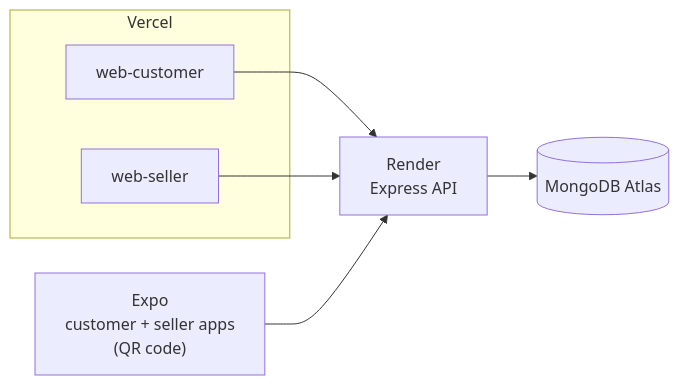
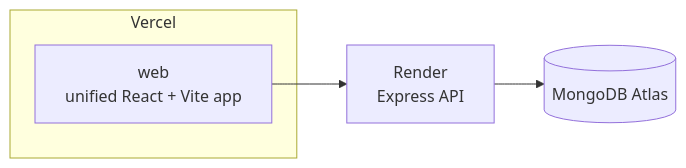
Before and after one commit to andreasarnol02/platform-lab-final-project: the fifth of 5 diagrams in docs/technical-requirements.md, drawn with Mermaid. The commit also changed other lines of this file and 92 other files, not shown here.

````diff
--- a/docs/technical-requirements.md
+++ b/docs/technical-requirements.md
@@ -385,15 +377,11 @@
 ```mermaid
 flowchart LR
     subgraph Vercel
-        VW1["web-customer"]
-        VW2["web-seller"]
+        VW["web<br/>unified React + Vite app"]
     end
     R["Render<br/>Express API"]
     A[("MongoDB Atlas")]
-    E["Expo<br/>customer + seller apps<br/>(QR code)"]
 
-    VW1 --> R
-    VW2 --> R
-    E --> R
+    VW --> R
     R --> A
 ```
````
